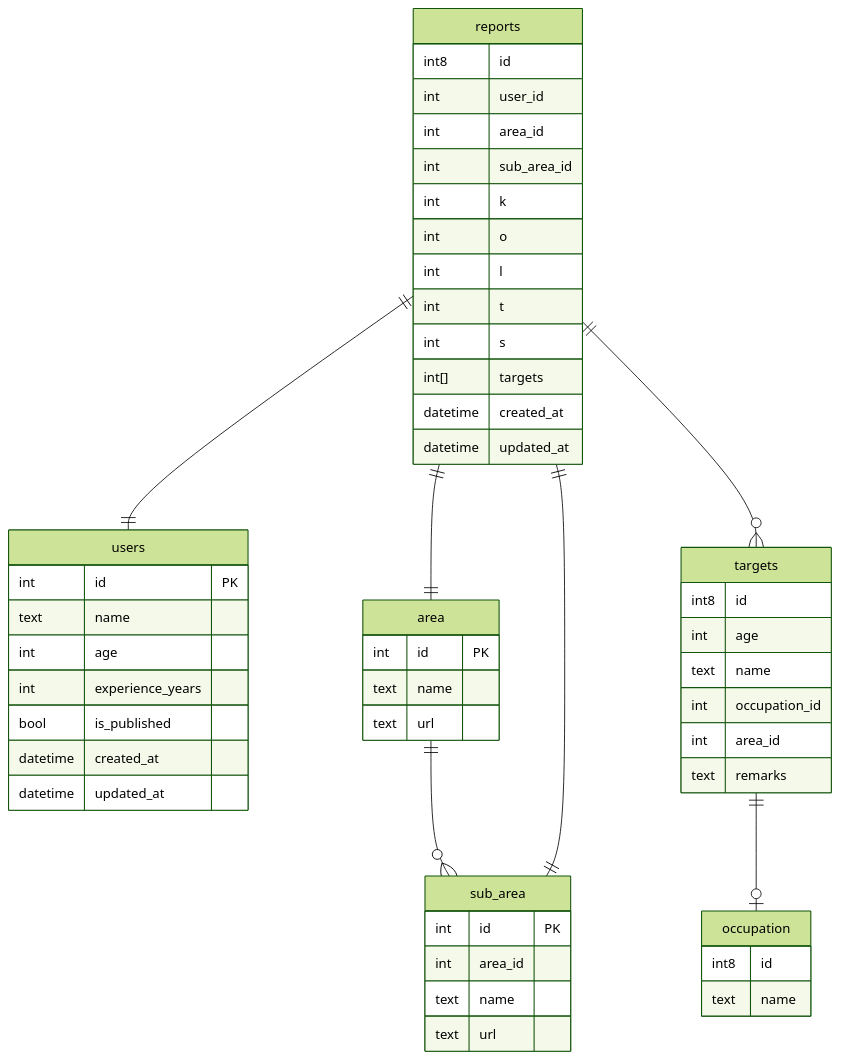
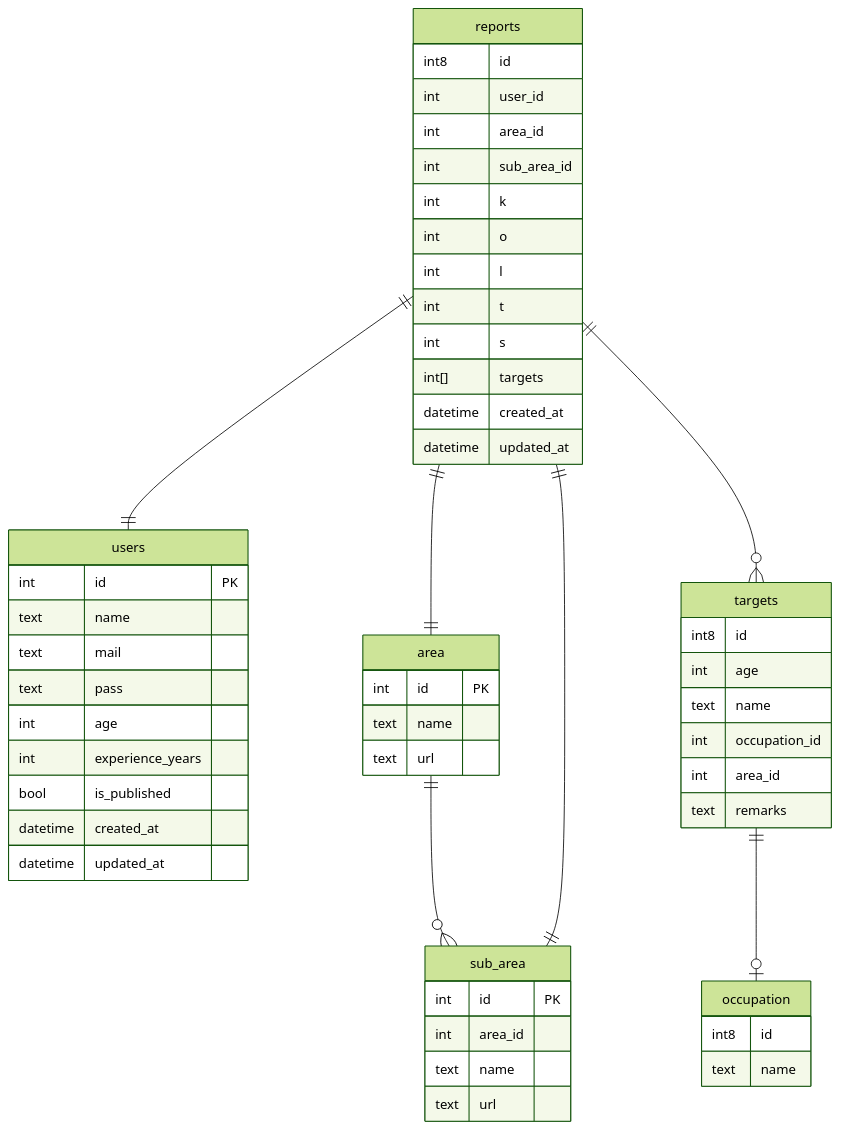
One commit to mountain-mouth/PickupAnalytics changed the diagram in doc/er.md. Above: the diagram before and after it, drawn with Mermaid (forest theme). The commit also changed 1 other file, not shown here.

Commit message:
dev/ユーザー操作、ログイン処理openapi追加

````diff
--- a/doc/er.md
+++ b/doc/er.md
@@ -1,60 +1,62 @@
 ```mermaid
 erDiagram
     users {
         int id PK
         text name
+        text mail
+        text pass
         int age
         int experience_years
         bool is_published
         datetime created_at
         datetime updated_at
     }
 
     area {
         int id PK
         text name
         text url
     }
     area ||--o{ sub_area : ""
 
     sub_area{
         int id PK
         int area_id
         text name
         text url
     }
 
     reports {
         int8 id
         int user_id
         int area_id
         int sub_area_id
         int k
         int o
         int l
         int t
         int s
         int[] targets
         datetime created_at
         datetime updated_at
     }
     reports ||--|| users : ""
     reports ||--|| area : ""
     reports ||--|| sub_area : ""
     reports ||--o{ targets : ""
 
     targets {
         int8 id
         int age
         text name
         int occupation_id
         int area_id
         text remarks
     }
     targets ||--o| occupation : ""
 
     occupation {
         int8 id
         text name
     }
 ```
````
